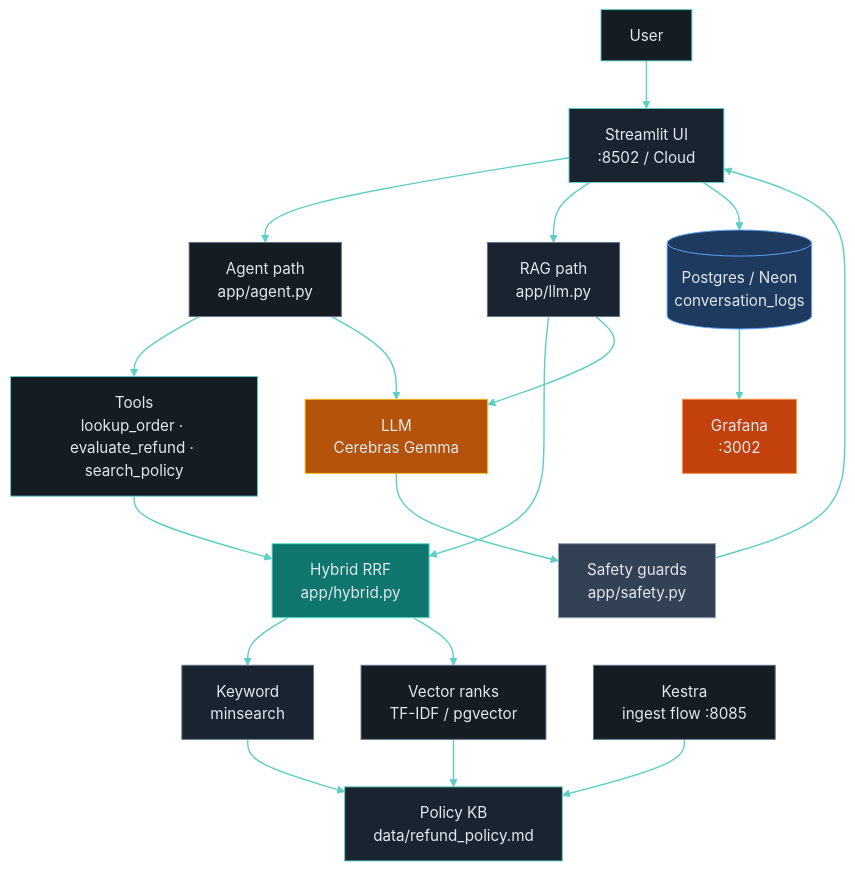
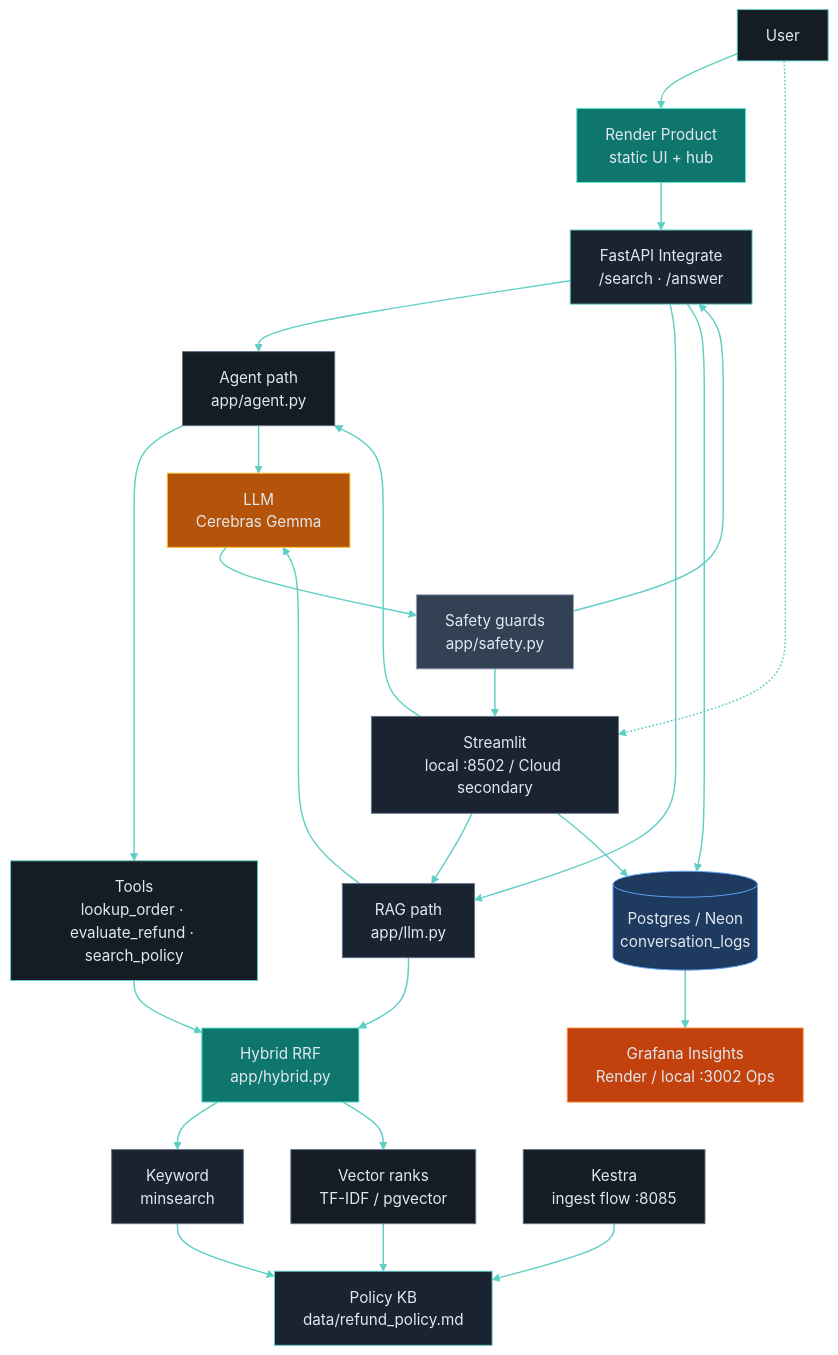
Before and after one commit to zakard114/policy-refund-agent: the diagram in README.md, drawn with Mermaid. The commit also changed other lines of this file and 1 other file, not shown here.

Commit message:
Refresh README live links for Render-primary framing.

````diff
--- a/README.md
+++ b/README.md
@@ -148,53 +148,63 @@
 ```mermaid
 %%{init: {"theme":"base","themeVariables":{"lineColor":"#5ecfc4","primaryBorderColor":"#5ecfc4"}}}%%
 flowchart TD
     User["User"]
-    ST["Streamlit UI<br/>:8502 / Cloud"]
+    Product["Render Product<br/>static UI + hub"]
+    API["FastAPI Integrate<br/>/search · /answer"]
+    ST["Streamlit<br/>local :8502 / Cloud secondary"]
     Agent["Agent path<br/>app/agent.py"]
     RAG["RAG path<br/>app/llm.py"]
     Tools["Tools<br/>lookup_order · evaluate_refund · search_policy"]
     Hybrid["Hybrid RRF<br/>app/hybrid.py"]
     KW["Keyword<br/>minsearch"]
     Vec["Vector ranks<br/>TF-IDF / pgvector"]
     Policy["Policy KB<br/>data/refund_policy.md"]
     LLM["LLM<br/>Cerebras Gemma"]
     Safety["Safety guards<br/>app/safety.py"]
     PG[("Postgres / Neon<br/>conversation_logs")]
-    GF["Grafana<br/>:3002"]
+    GF["Grafana Insights<br/>Render / local :3002 Ops"]
     Kestra["Kestra<br/>ingest flow :8085"]
 
-    User --> ST
+    User --> Product
+    Product --> API
+    User -.-> ST
+    API --> Agent
+    API --> RAG
     ST --> Agent
     ST --> RAG
     Agent --> Tools
     Tools --> Hybrid
     RAG --> Hybrid
     Hybrid --> KW
     Hybrid --> Vec
     KW --> Policy
     Vec --> Policy
     Agent --> LLM
     RAG --> LLM
     LLM --> Safety
+    Safety --> API
     Safety --> ST
+    API --> PG
     ST --> PG
     PG --> GF
     Kestra --> Policy
 
     linkStyle default stroke:#5ecfc4,stroke-width:1.5px
 
     style User fill:#151c24,color:#e2e8f0,stroke:#5ecfc4
-    style ST fill:#1a2430,color:#e2e8f0,stroke:#5ecfc4
+    style Product fill:#0f766e,color:#e2e8f0,stroke:#5eead4
+    style API fill:#1a2430,color:#e2e8f0,stroke:#5ecfc4
+    style ST fill:#1a2430,color:#e2e8f0,stroke:#64748b
     style Agent fill:#151c24,color:#e2e8f0,stroke:#64748b
     style RAG fill:#1a2430,color:#e2e8f0,stroke:#64748b
     style Tools fill:#151c24,color:#e2e8f0,stroke:#5ecfc4
     style Hybrid fill:#0f766e,color:#e2e8f0,stroke:#5eead4
     style KW fill:#1a2430,color:#e2e8f0,stroke:#64748b
     style Vec fill:#151c24,color:#e2e8f0,stroke:#64748b
     style Policy fill:#1a2430,color:#e2e8f0,stroke:#5ecfc4
     style LLM fill:#b45309,color:#e2e8f0,stroke:#fbbf24
     style Safety fill:#334155,color:#e2e8f0,stroke:#94a3b8
     style PG fill:#1e3a5f,color:#e2e8f0,stroke:#60a5fa
     style GF fill:#c2410c,color:#e2e8f0,stroke:#fb923c
     style Kestra fill:#151c24,color:#e2e8f0,stroke:#64748b
 ```
````
